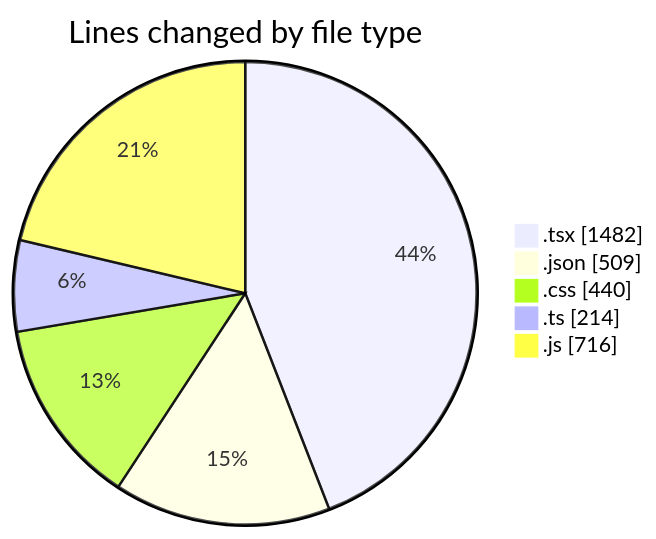
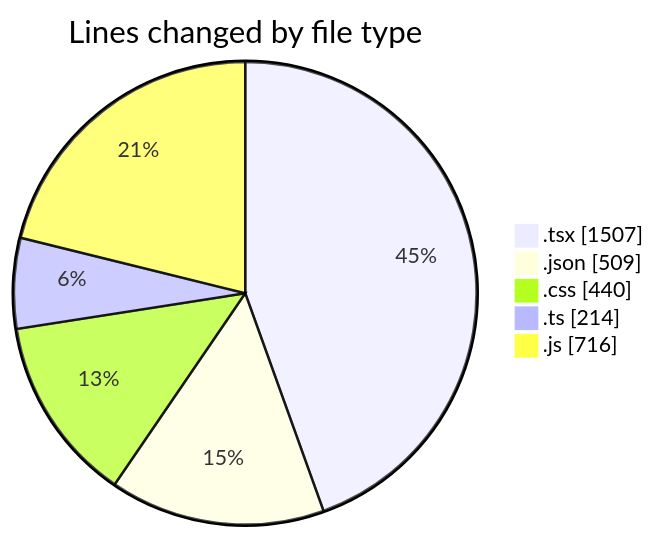
One commit to Elitesun/code-tracking changed the first of 2 diagrams in 2025-05-04/niten/README.md. Above: the diagram before and after it, drawn with Mermaid. The commit also changed other lines of this file and 1 other file, not shown here.

````diff
--- a/2025-05-04/niten/README.md
+++ b/2025-05-04/niten/README.md
@@ -50,9 +50,9 @@
 ```mermaid
 pie showData
 title Lines changed by file type
-".tsx" : 1482
+".tsx" : 1507
 ".json" : 509
 ".css" : 440
 ".ts" : 214
 ".js" : 716
 ```
````
